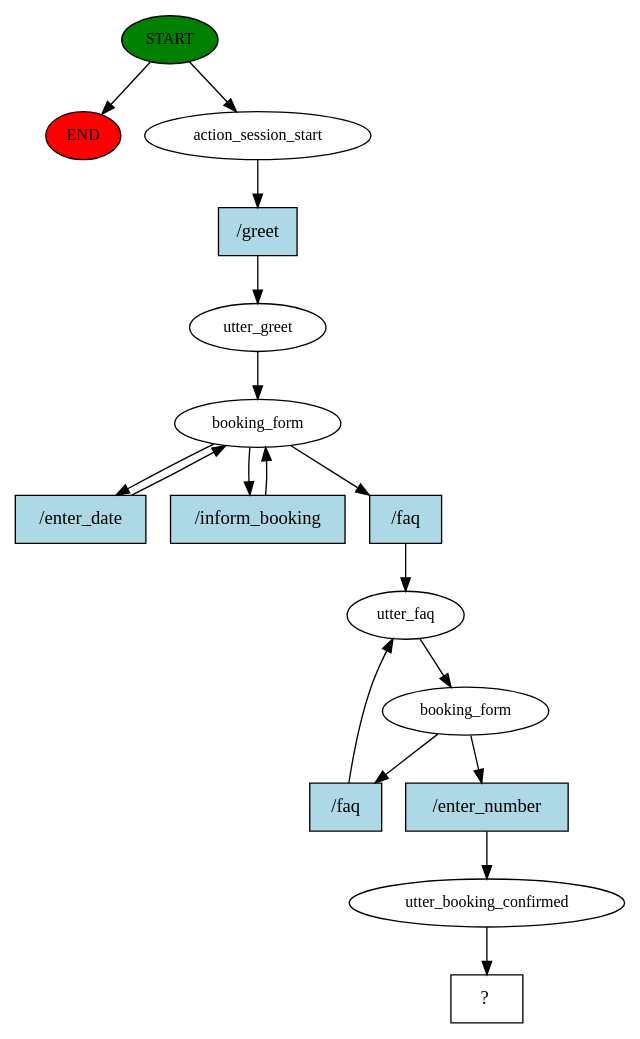
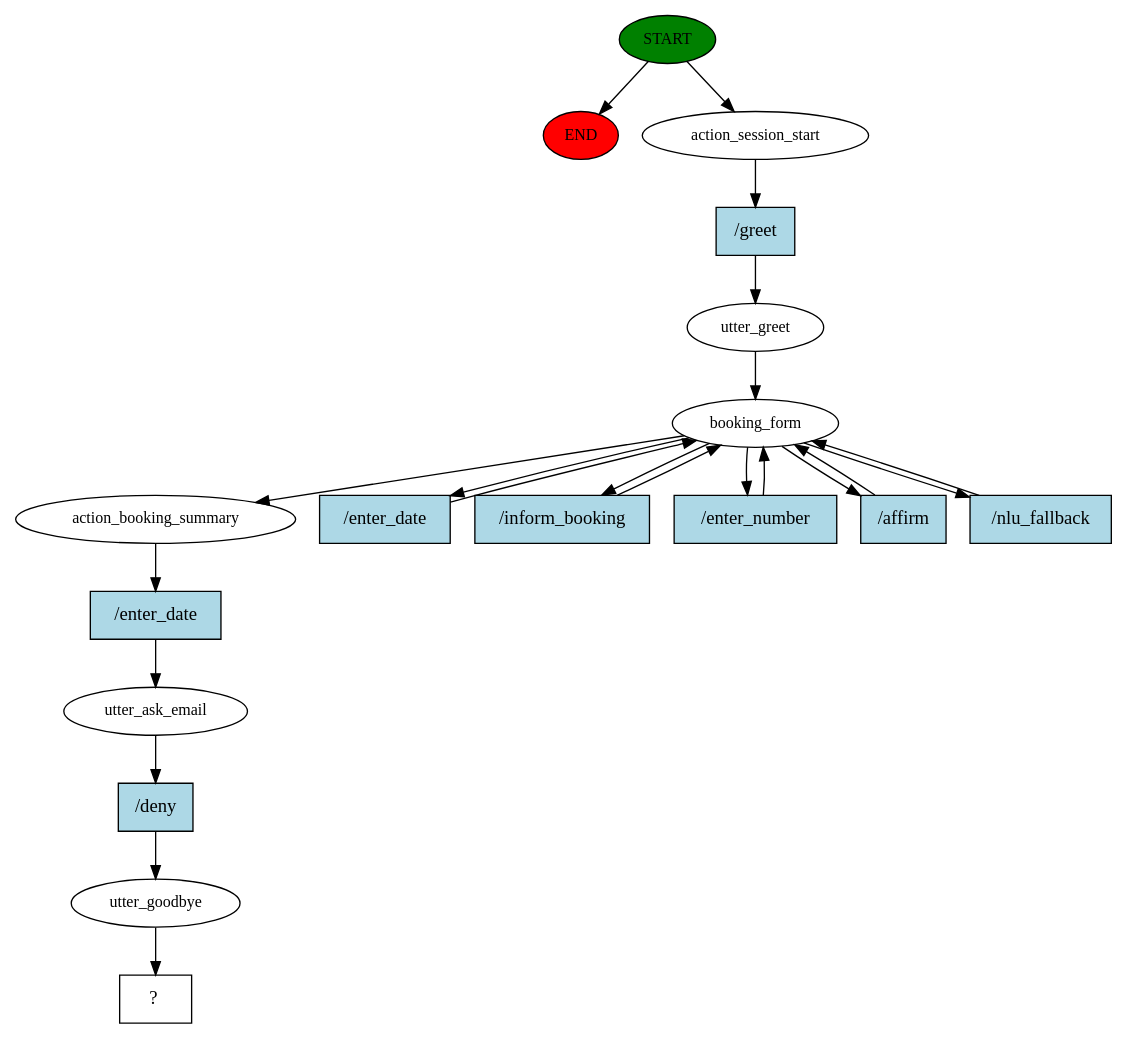
Before and after one commit to nbfr-ui/rasa-chatbot: the diagram in story_graph.dot, drawn with Graphviz. The commit also changed 1 other file, not shown here.

```diff
--- a/story_graph.dot
+++ b/story_graph.dot
@@ -1,34 +1,40 @@
 digraph  {
 0 [class="start active", fillcolor=green, fontsize=12, label=START, style=filled];
 "-1" [class=end, fillcolor=red, fontsize=12, label=END, style=filled];
 1 [class=active, fontsize=12, label=action_session_start];
 2 [class=active, fontsize=12, label=utter_greet];
 3 [class=active, fontsize=12, label=booking_form];
-12 [class=active, fontsize=12, label=utter_faq];
-13 [class=active, fontsize=12, label=booking_form];
-16 [class=active, fontsize=12, label=utter_booking_confirmed];
-17 [class="intent dashed active", label="  ?  ", shape=rect];
-18 [class="intent active", fillcolor=lightblue, label="/greet", shape=rect, style=filled];
-19 [class="intent active", fillcolor=lightblue, label="/enter_date", shape=rect, style=filled];
-20 [class="intent active", fillcolor=lightblue, label="/inform_booking", shape=rect, style=filled];
-21 [class="intent active", fillcolor=lightblue, label="/faq", shape=rect, style=filled];
-22 [class="intent active", fillcolor=lightblue, label="/faq", shape=rect, style=filled];
-23 [class="intent active", fillcolor=lightblue, label="/enter_number", shape=rect, style=filled];
+10 [class=active, fontsize=12, label=action_booking_summary];
+11 [class=active, fontsize=12, label=utter_ask_email];
+12 [class=active, fontsize=12, label=utter_goodbye];
+13 [class="intent dashed active", label="  ?  ", shape=rect];
+14 [class="intent active", fillcolor=lightblue, label="/greet", shape=rect, style=filled];
+15 [class="intent active", fillcolor=lightblue, label="/enter_date", shape=rect, style=filled];
+16 [class="intent active", fillcolor=lightblue, label="/inform_booking", shape=rect, style=filled];
+17 [class="intent active", fillcolor=lightblue, label="/enter_number", shape=rect, style=filled];
+18 [class="intent active", fillcolor=lightblue, label="/affirm", shape=rect, style=filled];
+19 [class="intent active", fillcolor=lightblue, label="/nlu_fallback", shape=rect, style=filled];
+20 [class="intent active", fillcolor=lightblue, label="/enter_date", shape=rect, style=filled];
+21 [class="intent active", fillcolor=lightblue, label="/deny", shape=rect, style=filled];
 0 -> "-1"  [class="", key=NONE, label=""];
 0 -> 1  [class=active, key=NONE, label=""];
-1 -> 18  [class=active, key=0];
+1 -> 14  [class=active, key=0];
 2 -> 3  [class=active, key=NONE, label=""];
+3 -> 10  [class=active, key=NONE, label=""];
+3 -> 15  [class=active, key=0];
+3 -> 16  [class=active, key=0];
+3 -> 17  [class=active, key=0];
+3 -> 18  [class=active, key=0];
 3 -> 19  [class=active, key=0];
-3 -> 20  [class=active, key=0];
-3 -> 21  [class=active, key=0];
+10 -> 20  [class=active, key=0];
+11 -> 21  [class=active, key=0];
 12 -> 13  [class=active, key=NONE, label=""];
-13 -> 22  [class=active, key=0];
-13 -> 23  [class=active, key=0];
-16 -> 17  [class=active, key=NONE, label=""];
-18 -> 2  [class=active, key=0];
+14 -> 2  [class=active, key=0];
+15 -> 3  [class=active, key=0];
+16 -> 3  [class=active, key=0];
+17 -> 3  [class=active, key=0];
+18 -> 3  [class=active, key=0];
 19 -> 3  [class=active, key=0];
-20 -> 3  [class=active, key=0];
+20 -> 11  [class=active, key=0];
 21 -> 12  [class=active, key=0];
-22 -> 12  [class=active, key=0];
-23 -> 16  [class=active, key=0];
 }
```
